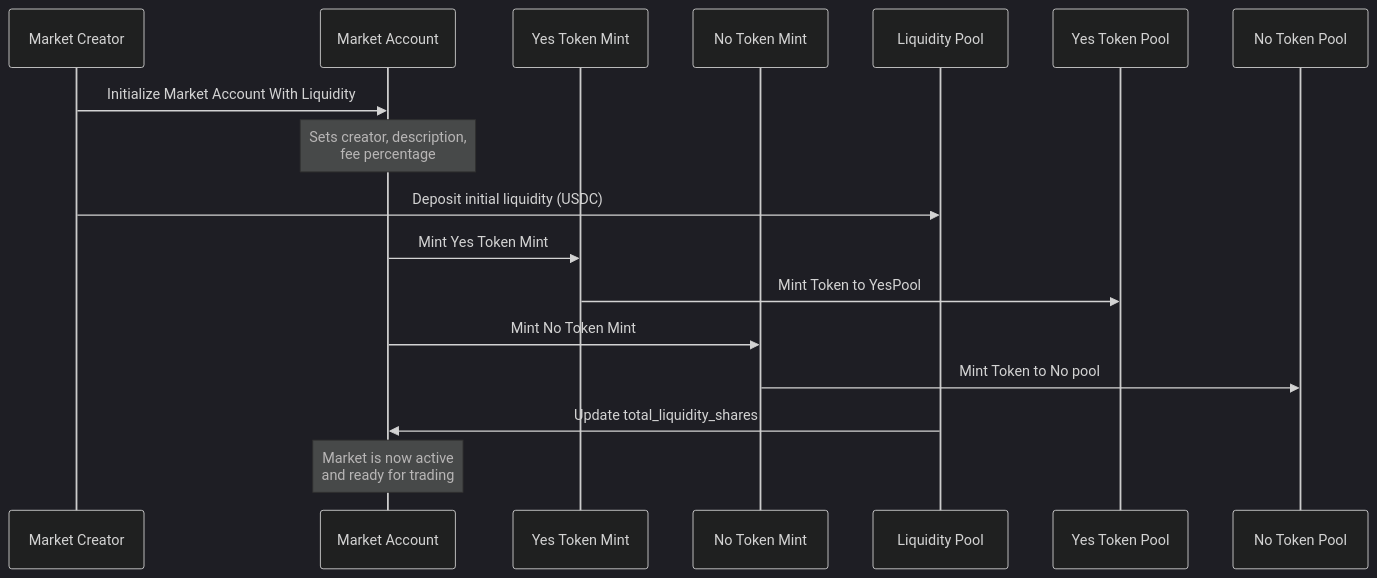
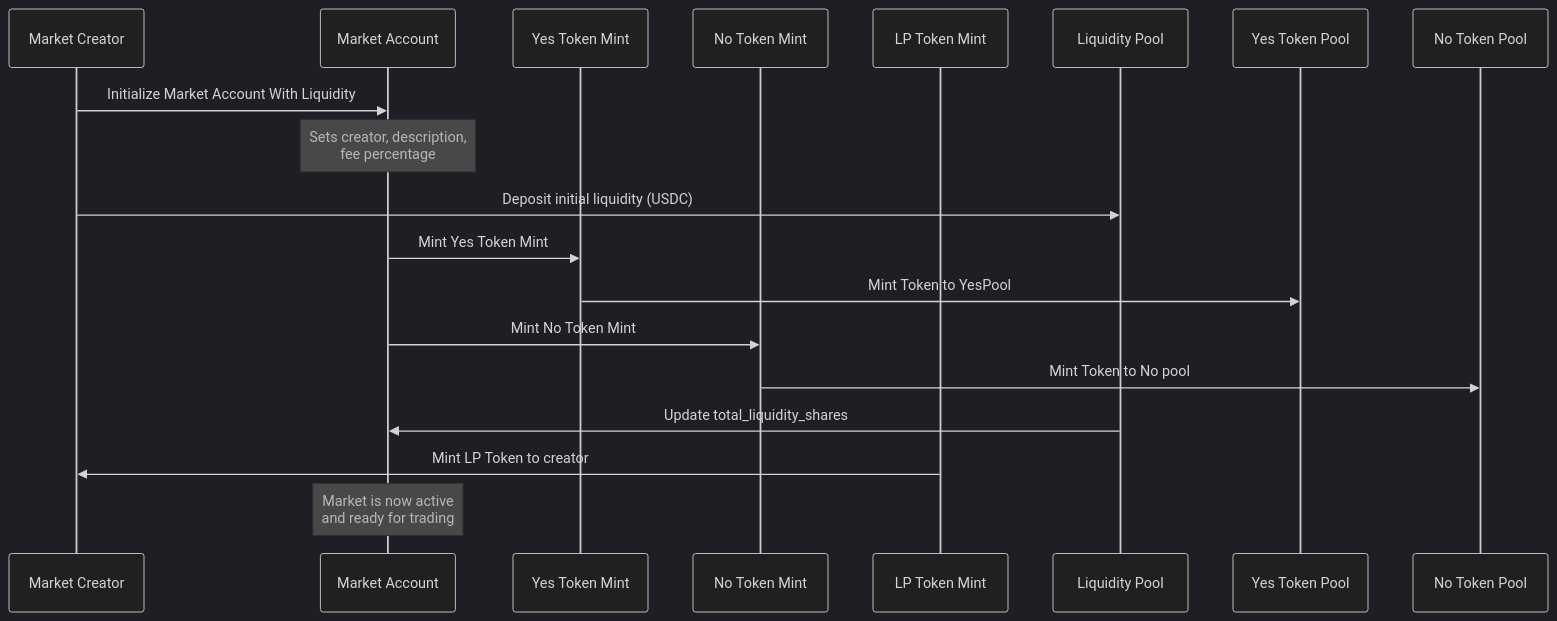
One commit to solana-turbin3/Q1_25_Builder_santy311 changed the second of 6 diagrams in capstone/architecture.md. Above: the diagram before and after it, drawn with Mermaid (dark theme). The commit also changed other lines of this file, not shown here.

Commit message:
modified added LP Tokens architecture.md

````diff
--- a/capstone/architecture.md
+++ b/capstone/architecture.md
@@ -84,25 +85,26 @@
 ```mermaid
 sequenceDiagram
     participant Creator as Market Creator
     participant Market as Market Account
     participant YMint as Yes Token Mint
     participant NMint as No Token Mint
+    participant LPMint as LP Token Mint
     participant LP as Liquidity Pool
     participant YesPool as Yes Token Pool
     participant NoPool as No Token Pool
 
     Creator->>Market: Initialize Market Account With Liquidity
     Note over Market: Sets creator, description,<br/>fee percentage
 
     Creator->>LP: Deposit initial liquidity (USDC)
 
     Market->>YMint: Mint Yes Token Mint
     YMint ->> YesPool: Mint Token to YesPool
     Market->>NMint: Mint No Token Mint
     NMint ->> NoPool: Mint Token to No pool
 
     LP->>Market: Update total_liquidity_shares
-
+    LPMint ->> Creator: Mint LP Token to creator
     Note over Market: Market is now active<br/>and ready for trading
 
 ```
````
